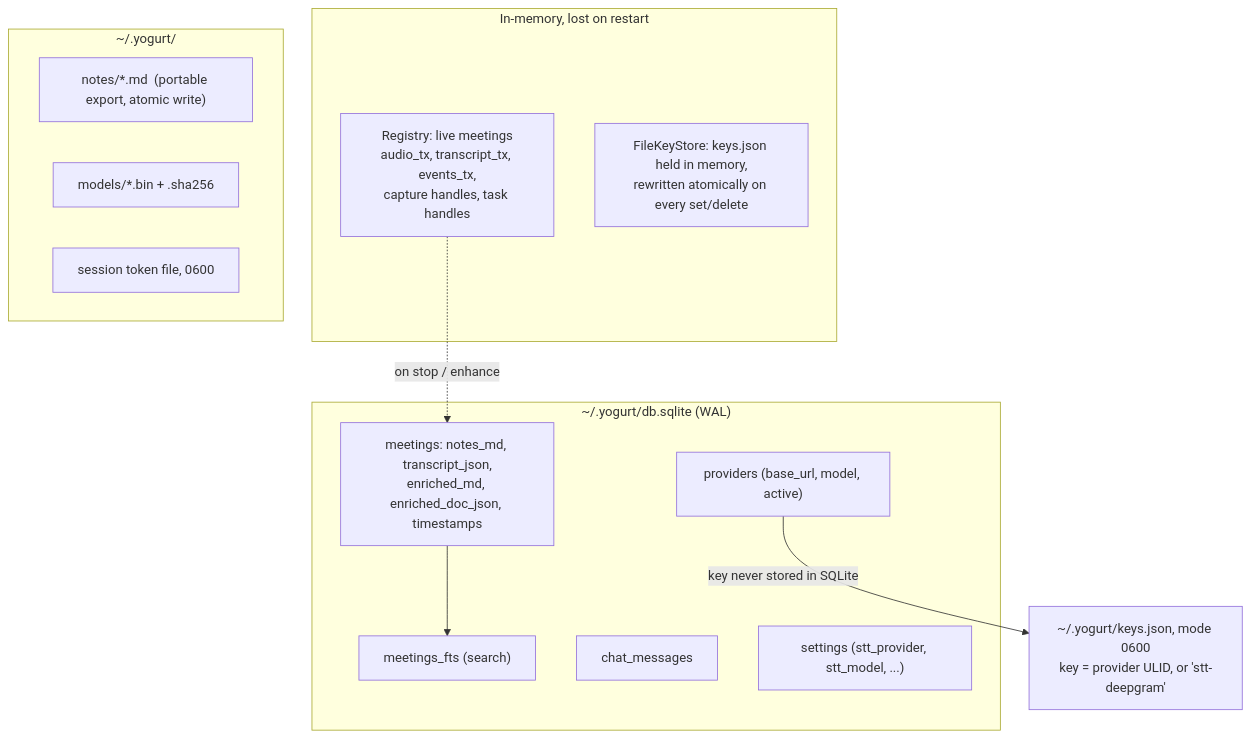
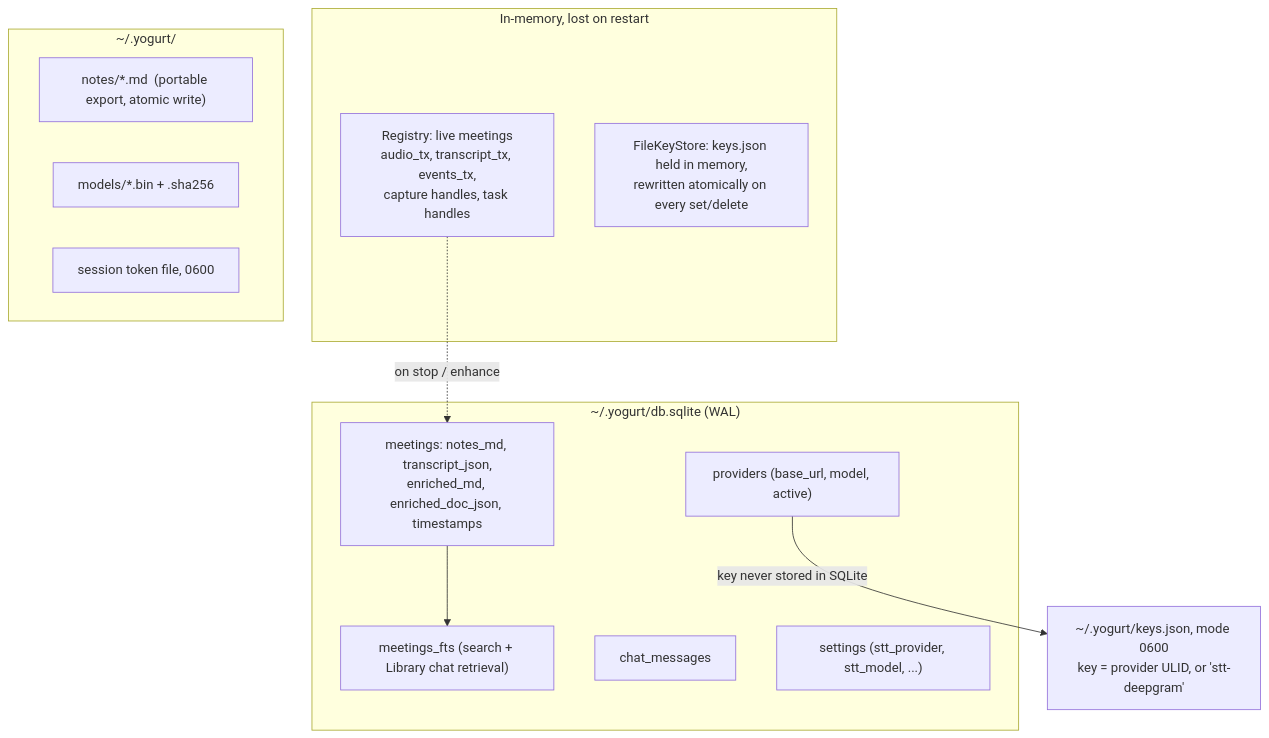
The tenth of 12 diagrams in docs/ARCHITECTURE.md (jarvisrchen/yogurt), drawn with Mermaid before and after one commit. The commit also changed other lines of this file and 24 other files, not shown here.

First line of the commit message:
MTG-19: Chat across all meetings from the Library (#148)

````diff
--- a/docs/ARCHITECTURE.md
+++ b/docs/ARCHITECTURE.md
@@ -596,24 +596,24 @@
 ```mermaid
 graph TB
     subgraph Mem["In-memory, lost on restart"]
         REG["Registry: live meetings<br/>audio_tx, transcript_tx, events_tx,<br/>capture handles, task handles"]
         WARM["FileKeyStore: keys.json held in memory,<br/>rewritten atomically on every set/delete"]
     end
     subgraph SQ["~/.yogurt/db.sqlite (WAL)"]
         MT["meetings: notes_md, transcript_json,<br/>enriched_md, enriched_doc_json, timestamps"]
-        FTS["meetings_fts (search)"]
+        FTS["meetings_fts (search + Library chat retrieval)"]
         CM["chat_messages"]
         PRV["providers (base_url, model, active)"]
         SET["settings (stt_provider, stt_model, ...)"]
     end
     subgraph FSD["~/.yogurt/"]
         MD["notes/*.md  (portable export, atomic write)"]
         MOD["models/*.bin + .sha256"]
         TOK["session token file, 0600"]
     end
     KC["~/.yogurt/keys.json, mode 0600<br/>key = provider ULID, or 'stt-deepgram'"]
 
     REG -.->|"on stop / enhance"| MT
     MT --> FTS
     PRV -->|"key never stored in SQLite"| KC
 ```
````
